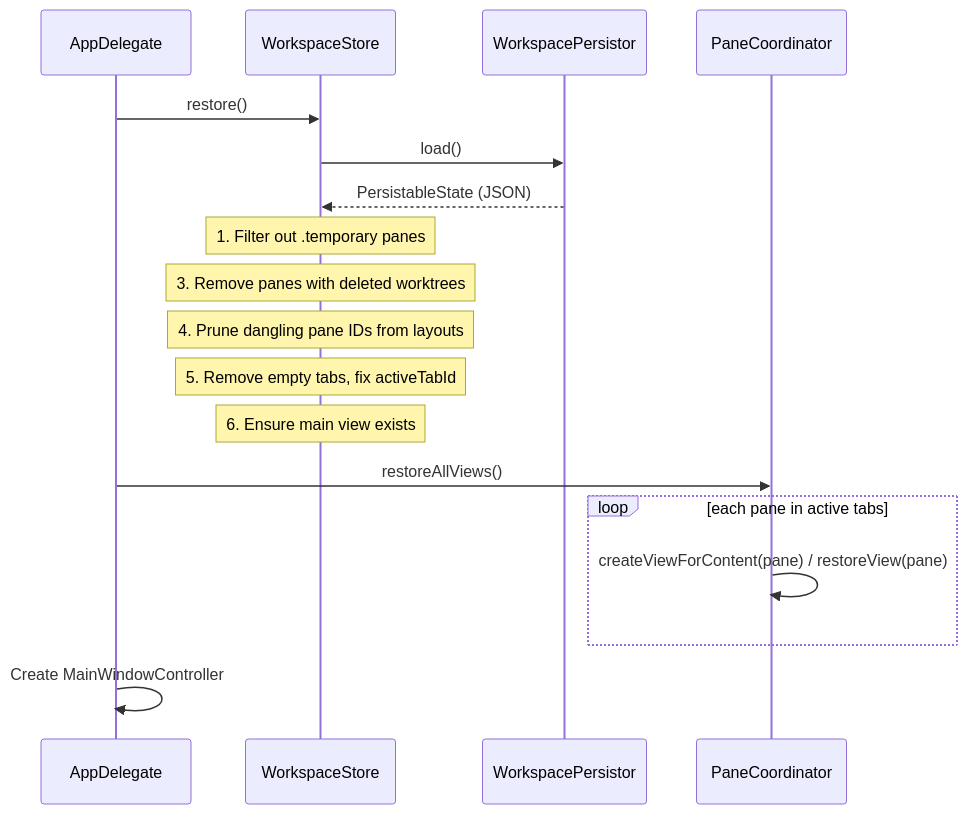
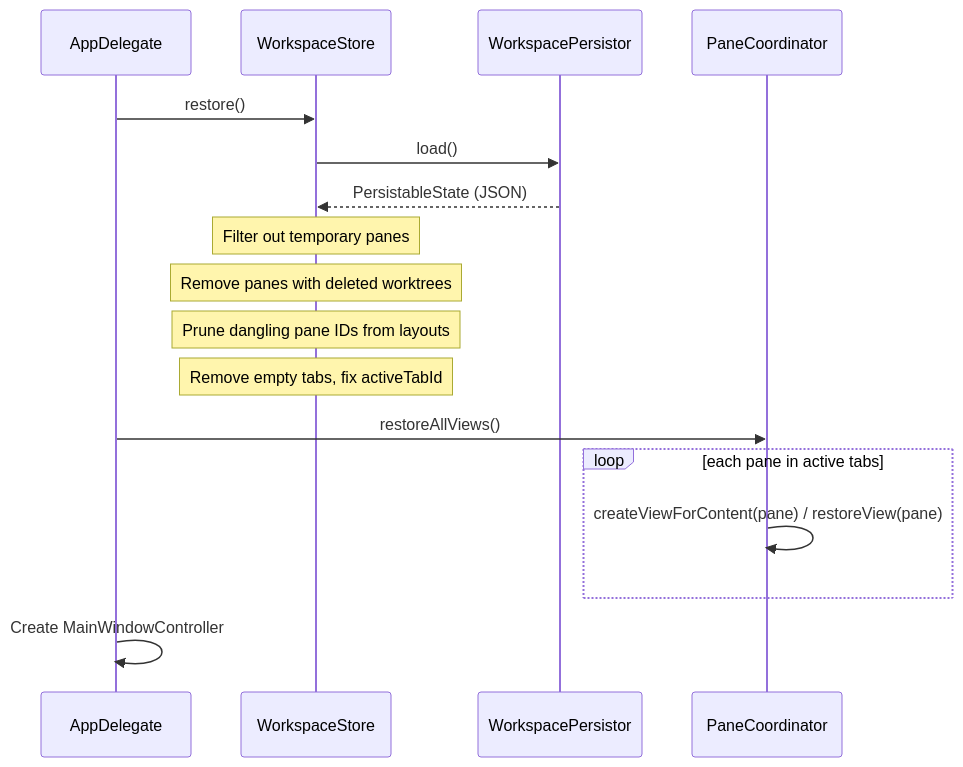
Before and after one commit to ShravanSunder/agentstudio: the fourth of 5 diagrams in docs/architecture/session_lifecycle.md, drawn with Mermaid. The commit also changed other lines of this file and 6 other files, not shown here.

````diff
--- a/docs/architecture/session_lifecycle.md
+++ b/docs/architecture/session_lifecycle.md
@@ -150,24 +238,23 @@
 ```mermaid
 sequenceDiagram
     participant AD as AppDelegate
     participant Store as WorkspaceStore
     participant P as WorkspacePersistor
     participant Coord as PaneCoordinator
 
     AD->>Store: restore()
     Store->>P: load()
     P-->>Store: PersistableState (JSON)
 
-    Note over Store: 1. Filter out .temporary panes
-    Note over Store: 3. Remove panes with deleted worktrees
-    Note over Store: 4. Prune dangling pane IDs from layouts
-    Note over Store: 5. Remove empty tabs, fix activeTabId
-    Note over Store: 6. Ensure main view exists
+    Note over Store: Filter out temporary panes
+    Note over Store: Remove panes with deleted worktrees
+    Note over Store: Prune dangling pane IDs from layouts
+    Note over Store: Remove empty tabs, fix activeTabId
 
     AD->>Coord: restoreAllViews()
     loop each pane in active tabs
         Coord->>Coord: createViewForContent(pane) / restoreView(pane)
     end
 
     AD->>AD: Create MainWindowController
 ```
````
